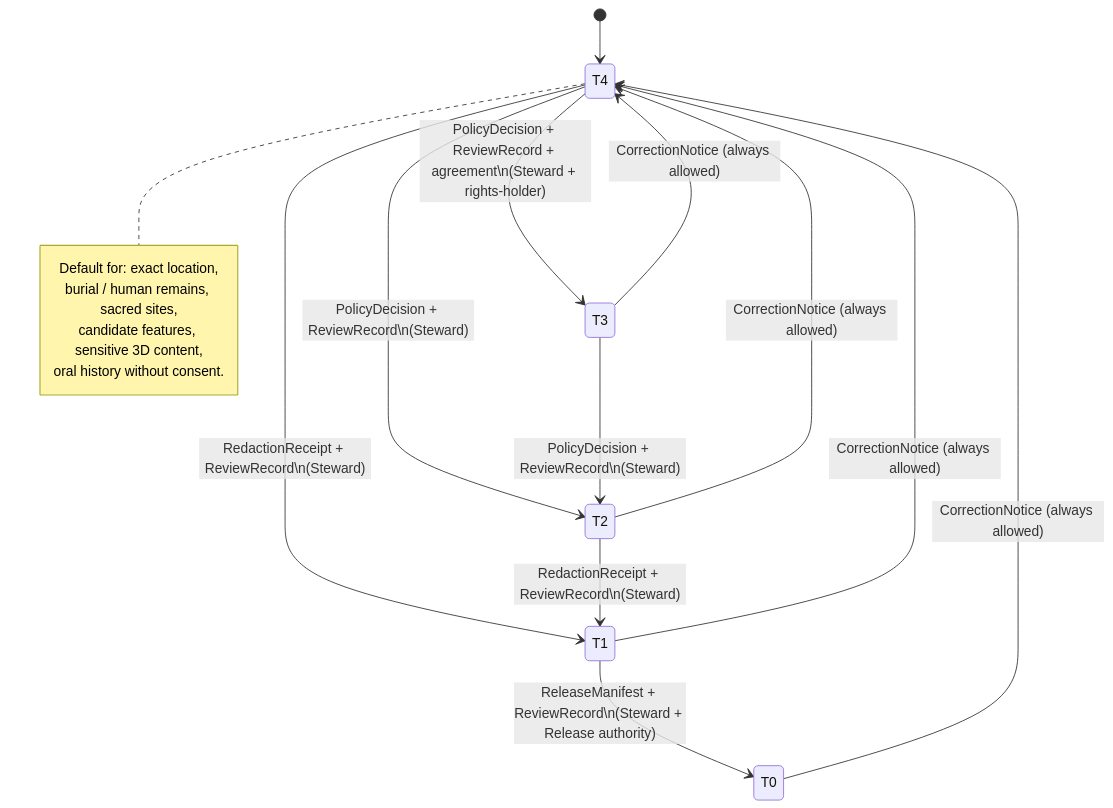
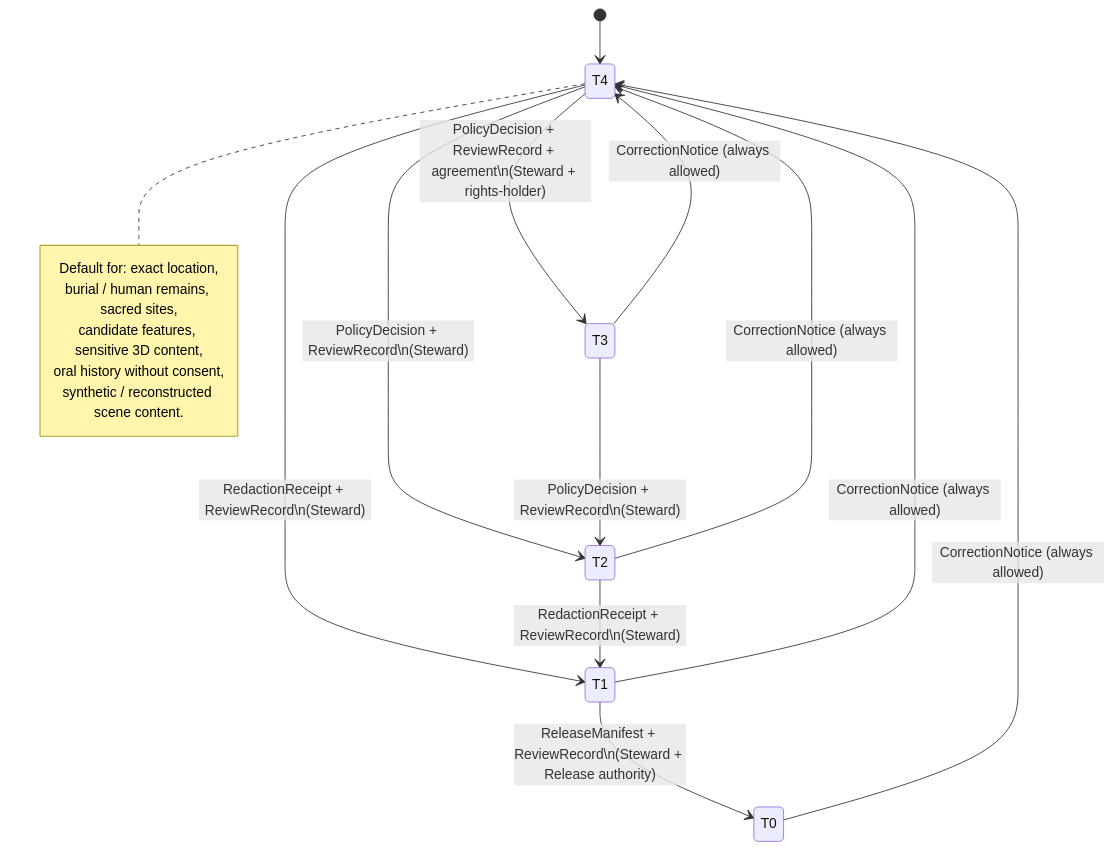
One commit to bartytime4life/Kansas-Frontier-Matrix changed the third of 4 diagrams in docs/domains/archaeology/PRESERVATION_MATRIX.md. Above: the diagram before and after it, drawn with Mermaid. The commit also changed other lines of this file, not shown here.

````diff
--- a/docs/domains/archaeology/PRESERVATION_MATRIX.md
+++ b/docs/domains/archaeology/PRESERVATION_MATRIX.md
@@ -203,21 +240,22 @@
 ```mermaid
 stateDiagram-v2
     [*] --> T4
     T4 --> T3: PolicyDecision + ReviewRecord + agreement\n(Steward + rights-holder)
     T4 --> T2: PolicyDecision + ReviewRecord\n(Steward)
     T4 --> T1: RedactionReceipt + ReviewRecord\n(Steward)
     T3 --> T2: PolicyDecision + ReviewRecord\n(Steward)
     T2 --> T1: RedactionReceipt + ReviewRecord\n(Steward)
     T1 --> T0: ReleaseManifest + ReviewRecord\n(Steward + Release authority)
     T3 --> T4: CorrectionNotice (always allowed)
     T2 --> T4: CorrectionNotice (always allowed)
     T1 --> T4: CorrectionNotice (always allowed)
     T0 --> T4: CorrectionNotice (always allowed)
 
     note right of T4
         Default for: exact location,
         burial / human remains, sacred sites,
         candidate features, sensitive 3D content,
-        oral history without consent.
+        oral history without consent,
+        synthetic / reconstructed scene content.
     end note
 ```
````
